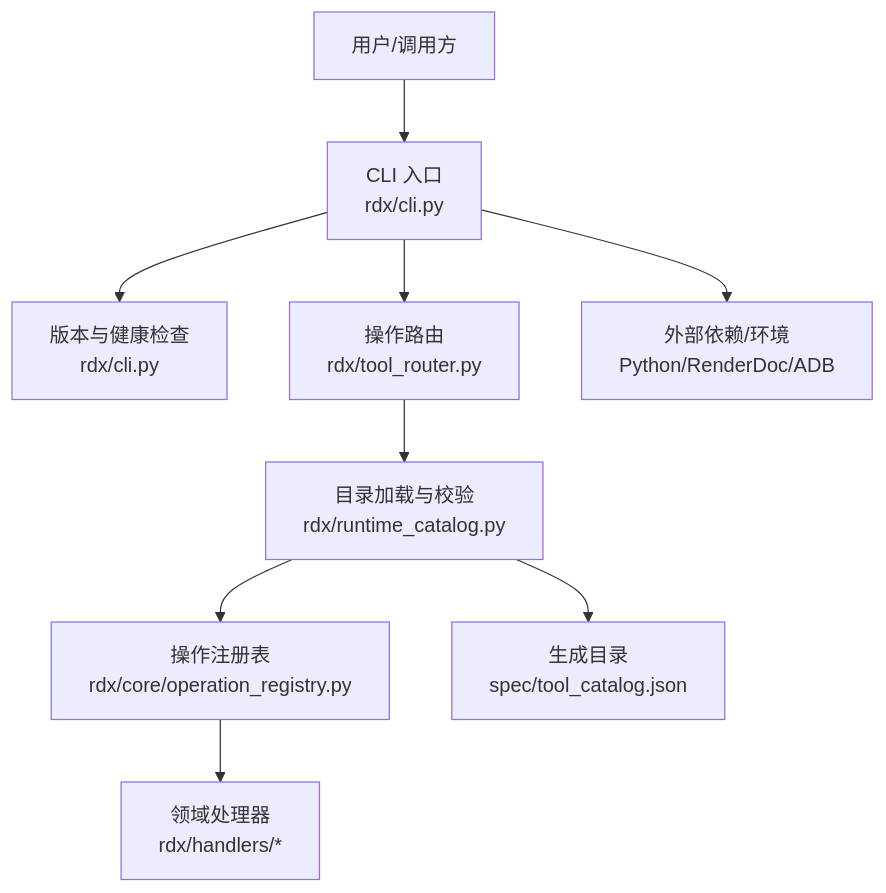
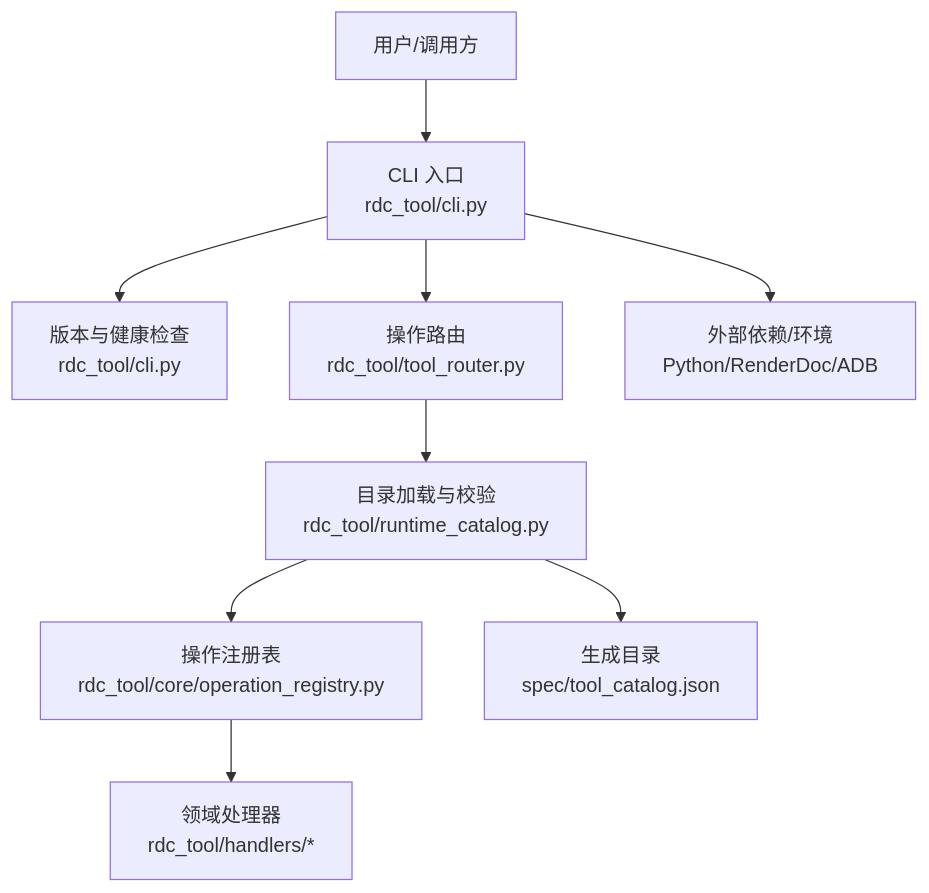
One commit to haolange/RDC-Tool changed the first of 4 diagrams in .qoder/repowiki/zh/content/开发指南/添加新操作/版本管理和兼容性.md. Above: the diagram before and after it, drawn with Mermaid. The commit also changed other lines of this file and 388 other files, not shown here.

First line of the commit message:
Release RDC-Tool identity and public maintenance surface

````diff
--- a/.qoder/repowiki/zh/content/开发指南/添加新操作/版本管理和兼容性.md
+++ b/.qoder/repowiki/zh/content/开发指南/添加新操作/版本管理和兼容性.md
@@ -46,11 +46,11 @@
 ```mermaid
 graph TB
-A["用户/调用方"] --> B["CLI 入口<br/>rdx/cli.py"]
-B --> C["版本与健康检查<br/>rdx/cli.py"]
-B --> D["操作路由<br/>rdx/tool_router.py"]
-D --> E["目录加载与校验<br/>rdx/runtime_catalog.py"]
-E --> F["操作注册表<br/>rdx/core/operation_registry.py"]
-F --> G["领域处理器<br/>rdx/handlers/*"]
+A["用户/调用方"] --> B["CLI 入口<br/>rdc_tool/cli.py"]
+B --> C["版本与健康检查<br/>rdc_tool/cli.py"]
+B --> D["操作路由<br/>rdc_tool/tool_router.py"]
+D --> E["目录加载与校验<br/>rdc_tool/runtime_catalog.py"]
+E --> F["操作注册表<br/>rdc_tool/core/operation_registry.py"]
+F --> G["领域处理器<br/>rdc_tool/handlers/*"]
 E --> H["生成目录<br/>spec/tool_catalog.json"]
 B --> I["外部依赖/环境<br/>Python/RenderDoc/ADB"]
 ```
````
